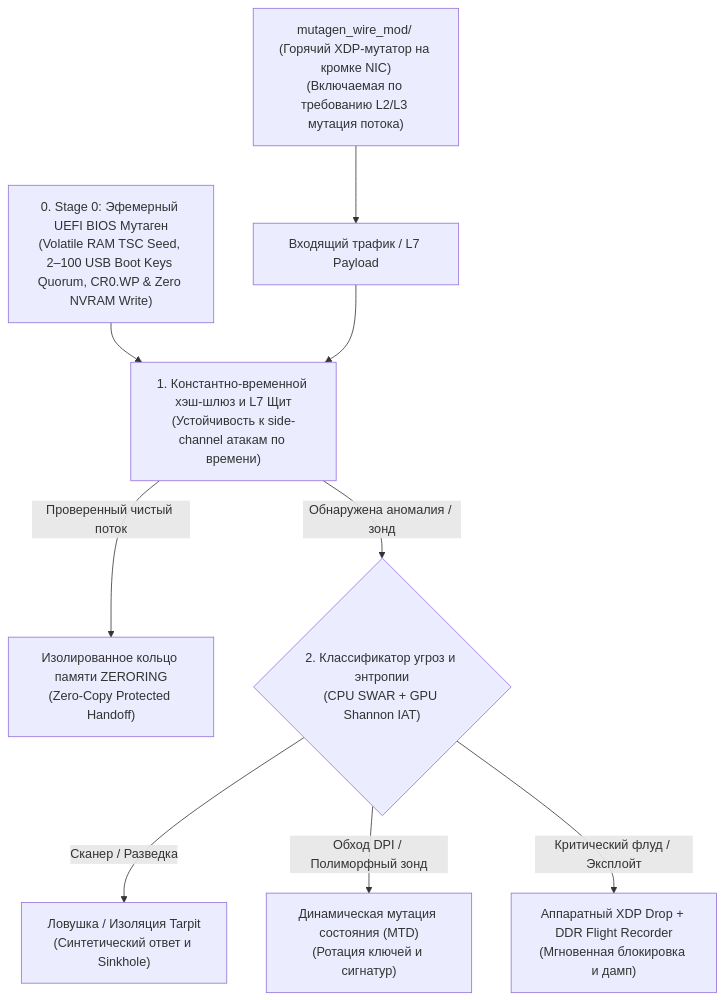
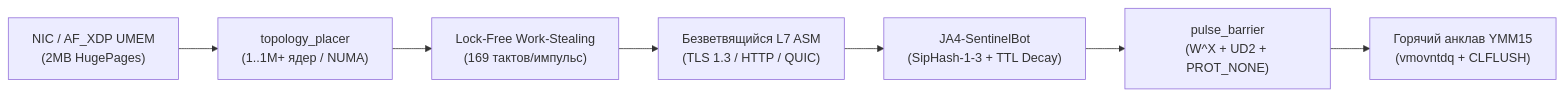
Before and after one commit to zerokull1/zero-timing-core: the diagram in README.ru.md, drawn with Mermaid. The commit also changed other lines of this file and 1 other file, not shown here.

Commit message:
docs(readme): restore full v3.0 architecture showcase & verified benchmarks

````diff
--- a/README.ru.md
+++ b/README.ru.md
@@ -25,13 +18,9 @@
 ```mermaid
-flowchart TD
-    BOOT["0. Stage 0: Эфемерный UEFI BIOS Мутаген<br/>(Volatile RAM TSC Seed, 2–100 USB Boot Keys Quorum, CR0.WP & Zero NVRAM Write)"] --> GATE["1. Константно-временной хэш-шлюз и L7 Щит<br/>(Устойчивость к side-channel атакам по времени)"]
-    WIRE_MUT["mutagen_wire_mod/ (Горячий XDP-мутатор на кромке NIC)<br/>(Включаемая по требованию L2/L3 мутация потока)"] --> IN["Входящий трафик / L7 Payload"]
-    IN --> GATE
-
-    GATE -- "Проверенный чистый поток" --> ENC["Изолированное кольцо памяти ZERORING<br/>(Zero-Copy Protected Handoff)"]
-    GATE -- "Обнаружена аномалия / зонд" --> TRAP{"2. Классификатор угроз и энтропии<br/>(CPU SWAR + GPU Shannon IAT)"}
-
-    TRAP -- "Сканер / Разведка" --> HONEY["Ловушка / Изоляция Tarpit<br/>(Синтетический ответ и Sinkhole)"]
-    TRAP -- "Обход DPI / Полиморфный зонд" --> MUT["Динамическая мутация состояния (MTD)<br/>(Ротация ключей и сигнатур)"]
-    TRAP -- "Критический флуд / Эксплойт" --> DROP["Аппаратный XDP Drop + DDR Flight Recorder<br/>(Мгновенная блокировка и дамп)"]
+flowchart LR
+    NIC["NIC / AF_XDP UMEM<br/>(2MB HugePages)"] --> TOPO["topology_placer<br/>(1..1M+ ядер / NUMA)"]
+    TOPO --> WS["Lock-Free Work-Stealing<br/>(169 тактов/импульс)"]
+    WS --> L7["Безветвящийся L7 ASM<br/>(TLS 1.3 / HTTP / QUIC)"]
+    L7 --> BOT["JA4-SentinelBot<br/>(SipHash-1-3 + TTL Decay)"]
+    BOT --> TRAP["pulse_barrier<br/>(W^X + UD2 + PROT_NONE)"]
+    TRAP --> YMM["Горячий анклав YMM15<br/>(vmovntdq + CLFLUSH)"]
 ```
````
